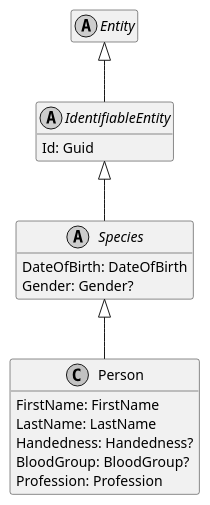
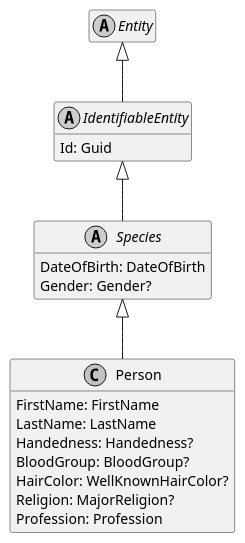
The diagram in Documentation/Generated/Entities/DoofesZeug.Entities.Specieses.Human/Person.puml (ObiWanLansi/DoofesZeug), drawn with PlantUML before and after one commit. The commit also changed 35 other files, not shown here.

```diff
--- a/Documentation/Generated/Entities/DoofesZeug.Entities.Specieses.Human/Person.puml
+++ b/Documentation/Generated/Entities/DoofesZeug.Entities.Specieses.Human/Person.puml
@@ -1,31 +1,33 @@
 @startuml
 skinparam monochrome true
 hide empty members
 
 abstract class Entity {
 }
 
 Entity <|-- IdentifiableEntity
 
 abstract class IdentifiableEntity {
     Id: Guid
 }
 
 IdentifiableEntity <|-- Species
 
 abstract class Species {
     DateOfBirth: DateOfBirth
     Gender: Gender?
 }
 
 Species <|-- Person
 
 class Person {
     FirstName: FirstName
     LastName: LastName
     Handedness: Handedness?
     BloodGroup: BloodGroup?
+    HairColor: WellKnownHairColor?
+    Religion: MajorReligion?
     Profession: Profession
 }
 
 @enduml
```
